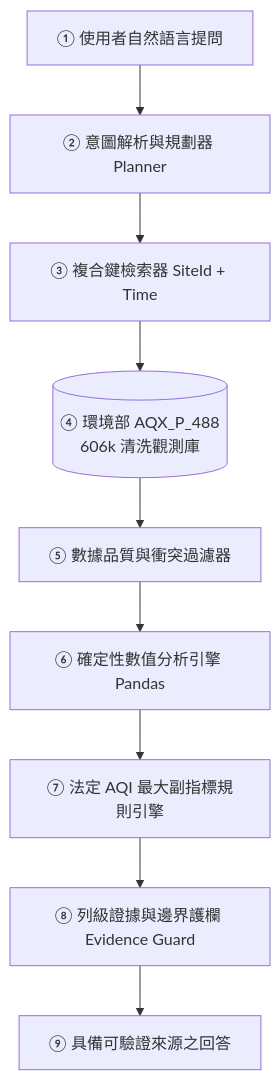
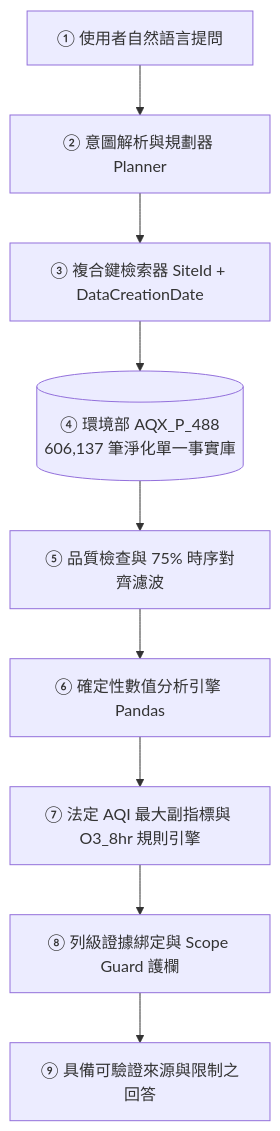
The diagram in README.md (Richard5007/DIC3-Project-Proposal-Refactor-using-Openspec), drawn with Mermaid before and after one commit. The commit also changed other lines of this file and 18 other files, not shown here.

Commit message:
docs(openspec): update AirGuard AI proposal with IEEE abstract, Perplexity 2025 evidence, 300-word summary, and strict OpenSpec specs

````diff
--- a/README.md
+++ b/README.md
@@ -17,11 +28,11 @@
 ```mermaid
 flowchart TD
   U[① 使用者自然語言提問] --> P[② 意圖解析與規劃器 Planner]
-  P --> R[③ 複合鍵檢索器 SiteId + Time]
-  R --> D[(④ 環境部 AQX_P_488\n606k 清洗觀測庫)]
-  D --> Q[⑤ 數據品質與衝突過濾器]
+  P --> R[③ 複合鍵檢索器 SiteId + DataCreationDate]
+  R --> D[(④ 環境部 AQX_P_488\n606,137 筆淨化單一事實庫)]
+  D --> Q[⑤ 品質檢查與 75% 時序對齊濾波]
   Q --> A[⑥ 確定性數值分析引擎 Pandas]
-  A --> K[⑦ 法定 AQI 最大副指標規則引擎]
-  K --> G[⑧ 列級證據與邊界護欄 Evidence Guard]
-  G --> O[⑨ 具備可驗證來源之回答]
+  A --> K[⑦ 法定 AQI 最大副指標與 O3_8hr 規則引擎]
+  K --> G[⑧ 列級證據綁定與 Scope Guard 護欄]
+  G --> O[⑨ 具備可驗證來源與限制之回答]
 ```
````
